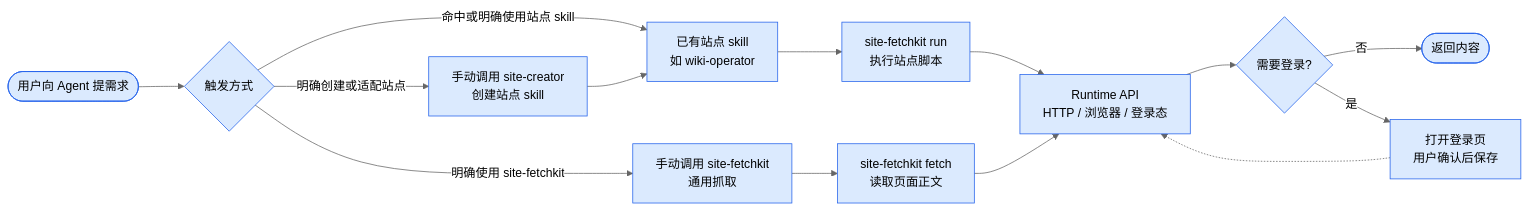
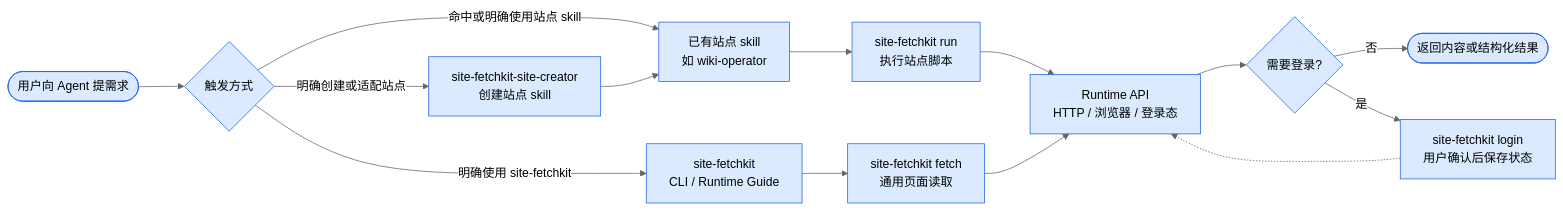
One commit to streaker303/site-fetchkit changed the diagram in README.md. Above: the diagram before and after it, drawn with Mermaid. The commit also changed other lines of this file and 19 other files, not shown here.

````diff
--- a/README.md
+++ b/README.md
@@ -29,41 +37,41 @@
 ```mermaid
 %%{ init: { "flowchart": { "nodeSpacing": 60, "rankSpacing": 60 }, "theme": "neutral" } }%%
 flowchart LR
     User([用户向 Agent 提需求])
     Route{触发方式}
     Existing["已有站点 skill<br/>如 wiki-operator"]
-    Generic["手动调用 site-fetchkit<br/>通用抓取"]
-    Creator["手动调用 site-creator<br/>创建站点 skill"]
+    Guide["site-fetchkit<br/>CLI / Runtime Guide"]
+    Creator["site-fetchkit-site-creator<br/>创建站点 skill"]
     RunScript["site-fetchkit run<br/>执行站点脚本"]
-    Fetch["site-fetchkit fetch<br/>读取页面正文"]
+    Fetch["site-fetchkit fetch<br/>通用页面读取"]
     API["Runtime API<br/>HTTP / 浏览器 / 登录态"]
     Login{需要登录?}
-    Save["打开登录页<br/>用户确认后保存"]
-    Result([返回内容])
+    Save["site-fetchkit login<br/>用户确认后保存状态"]
+    Result([返回内容或结构化结果])
 
     User --> Route
     Route -->|命中或明确使用站点 skill| Existing
-    Route -->|明确使用 site-fetchkit| Generic
+    Route -->|明确使用 site-fetchkit| Guide
     Route -->|明确创建或适配站点| Creator
     Existing --> RunScript
     Creator --> Existing
     RunScript --> API
-    Generic --> Fetch
+    Guide --> Fetch
     Fetch --> API
     API --> Login
     Login -->|否| Result
     Login -->|是| Save
     Save -.-> API
 
     style User fill:#dbeafe,stroke:#2563eb
     style Route fill:#dbeafe,stroke:#2563eb
     style Existing fill:#dbeafe,stroke:#2563eb
-    style Generic fill:#dbeafe,stroke:#2563eb
+    style Guide fill:#dbeafe,stroke:#2563eb
     style Creator fill:#dbeafe,stroke:#2563eb
     style RunScript fill:#dbeafe,stroke:#2563eb
     style Fetch fill:#dbeafe,stroke:#2563eb
     style API fill:#dbeafe,stroke:#2563eb
     style Login fill:#dbeafe,stroke:#2563eb
     style Save fill:#dbeafe,stroke:#2563eb
     style Result fill:#dbeafe,stroke:#2563eb
 ```
````
